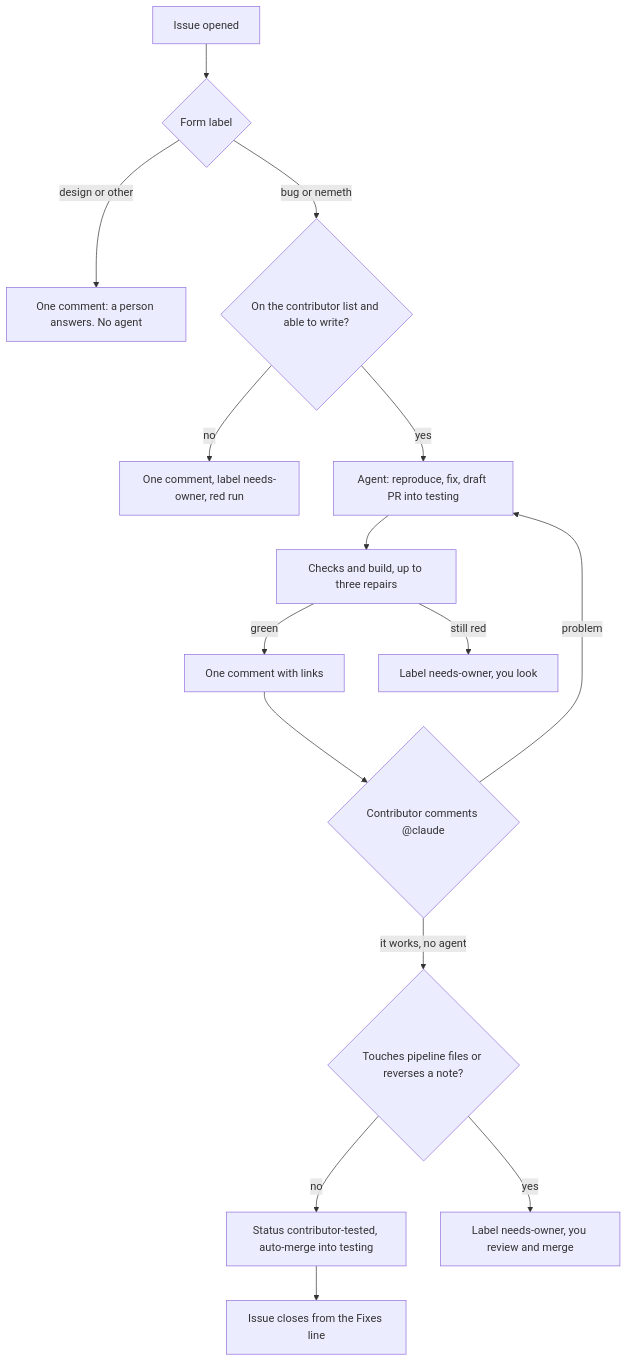
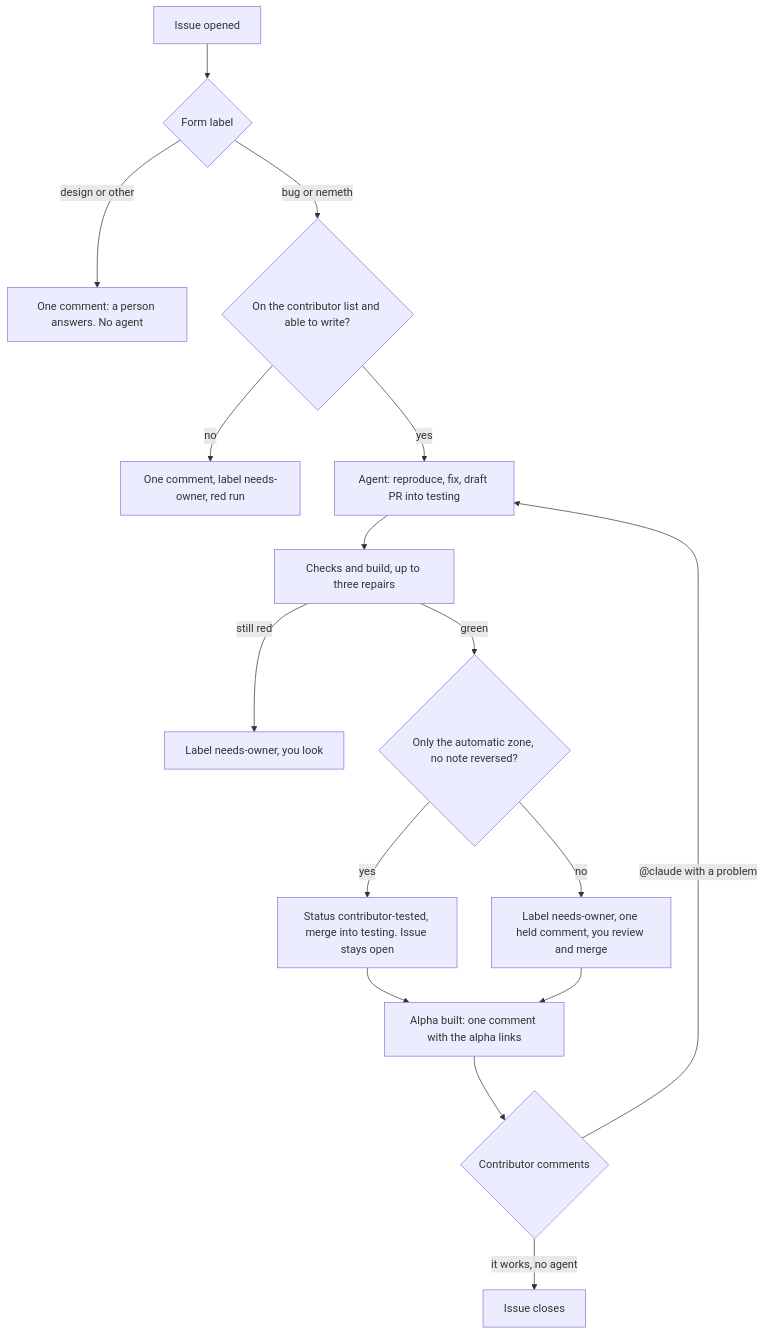
One commit to ParkingSoman/omniya-core changed the diagram in docs/contributor-pipeline.md. Above: the diagram before and after it, drawn with Mermaid. The commit also changed other lines of this file and 41 other files, not shown here.

First line of the commit message:
Merge first, an inbox for the owner, and "ship it" only for power (#136)

````diff
--- a/docs/contributor-pipeline.md
+++ b/docs/contributor-pipeline.md
@@ -59,17 +57,18 @@
 ```mermaid
 flowchart TD
   A[Issue opened] --> B{Form label}
   B -- design or other --> C[One comment: a person answers. No agent]
   B -- bug or nemeth --> D{On the contributor list and able to write?}
   D -- no --> E[One comment, label needs-owner, red run]
   D -- yes --> F[Agent: reproduce, fix, draft PR into testing]
   F --> G[Checks and build, up to three repairs]
-  G -- green --> H[One comment with links]
   G -- still red --> I[Label needs-owner, you look]
-  H --> J{Contributor comments @claude}
-  J -- problem --> F
-  J -- "it works", no agent --> K{Touches pipeline files or reverses a note?}
-  K -- no --> L[Status contributor-tested, auto-merge into testing]
-  K -- yes --> N[Label needs-owner, you review and merge]
-  L --> M[Issue closes from the Fixes line]
+  G -- green --> K{Only the automatic zone, no note reversed?}
+  K -- yes --> L[Status contributor-tested, merge into testing. Issue stays open]
+  K -- no --> N[Label needs-owner, one held comment, you review and merge]
+  L --> H[Alpha built: one comment with the alpha links]
+  N --> H
+  H --> J{Contributor comments}
+  J -- "it works", no agent --> M[Issue closes]
+  J -- @claude with a problem --> F
 ```
````
